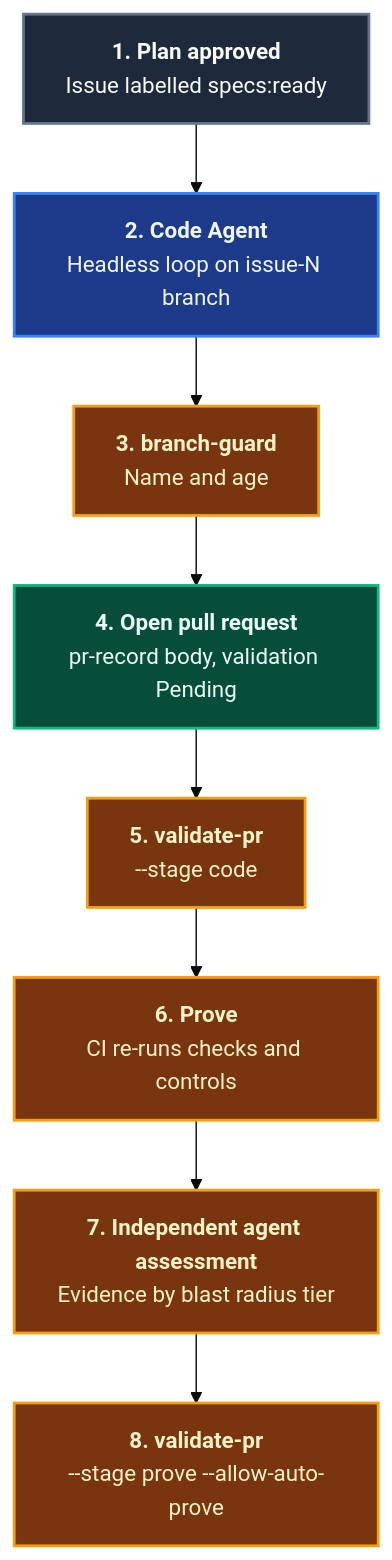
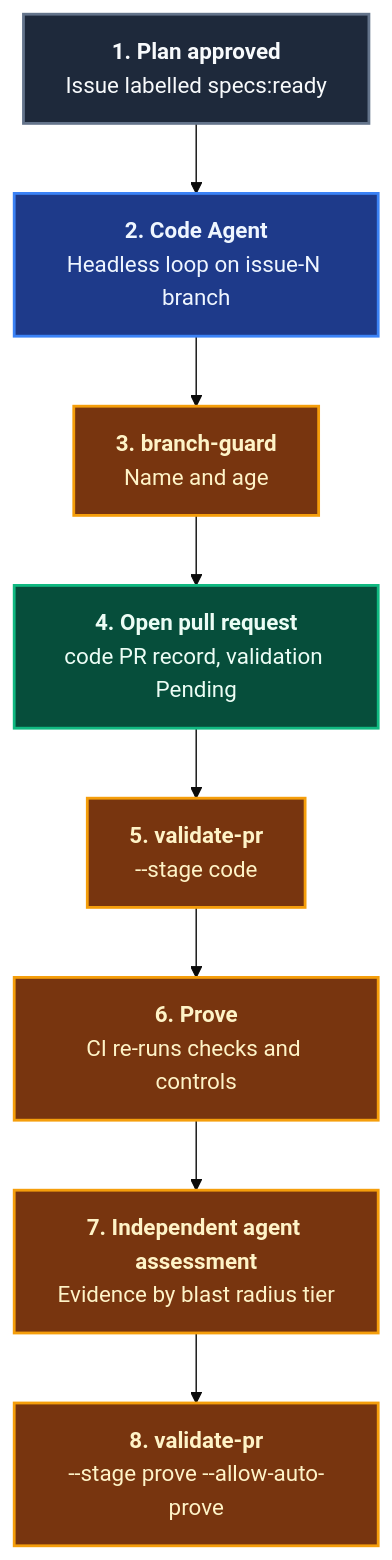
The second of 2 diagrams in website/docs/guide/domain-code.md (ALTEN-group/coding-pal), drawn with Mermaid (base theme) before and after one commit. The commit also changed other lines of this file and 173 other files, not shown here.

````diff
--- a/website/docs/guide/domain-code.md
+++ b/website/docs/guide/domain-code.md
@@ -147,23 +119,23 @@
 ```mermaid
 ---
 caption: GitHub Actions Pull Request Gate (Code -> Prove)
 ---
 flowchart TD
     LBL["<b>1. Plan approved</b><br/>Issue labelled specs:ready"] --> AG["<b>2. Code Agent</b><br/>Headless loop on issue-N branch"]
     AG --> BG["<b>3. branch-guard</b><br/>Name and age"]
-    BG --> PR["<b>4. Open pull request</b><br/>pr-record body, validation Pending"]
+    BG --> PR["<b>4. Open pull request</b><br/>code PR record, validation Pending"]
     PR --> V1["<b>5. validate-pr</b><br/>--stage code"]
     V1 --> CI["<b>6. Prove</b><br/>CI re-runs checks and controls"]
     CI --> HUM["<b>7. Independent agent assessment</b><br/>Evidence by blast radius tier"]
     HUM --> V2["<b>8. validate-pr</b><br/>--stage prove --allow-auto-prove"]
 
     classDef input fill:#1e293b,stroke:#64748b,stroke-width:2px,color:#f8fafc;
     classDef runner fill:#78350f,stroke:#f59e0b,stroke-width:2px,color:#fef3c7;
     classDef agent fill:#1e3a8a,stroke:#3b82f6,stroke-width:2px,color:#eff6ff;
     classDef git fill:#064e3b,stroke:#10b981,stroke-width:2px,color:#ecfdf5;
 
     class LBL input;
     class BG,V1,V2,CI,HUM runner;
     class AG agent;
     class PR git;
 ```
````
